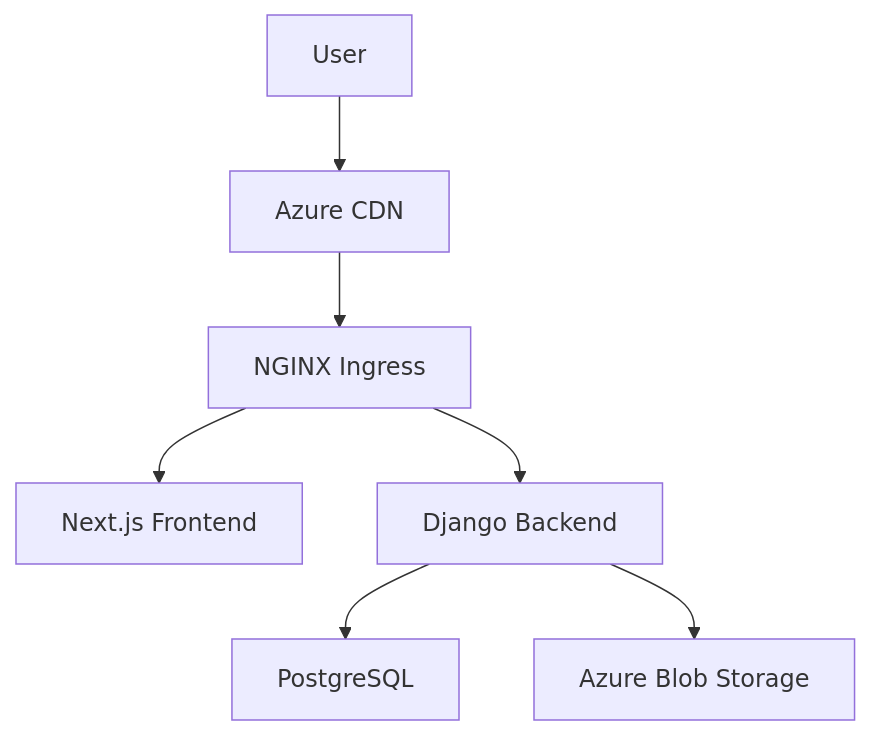
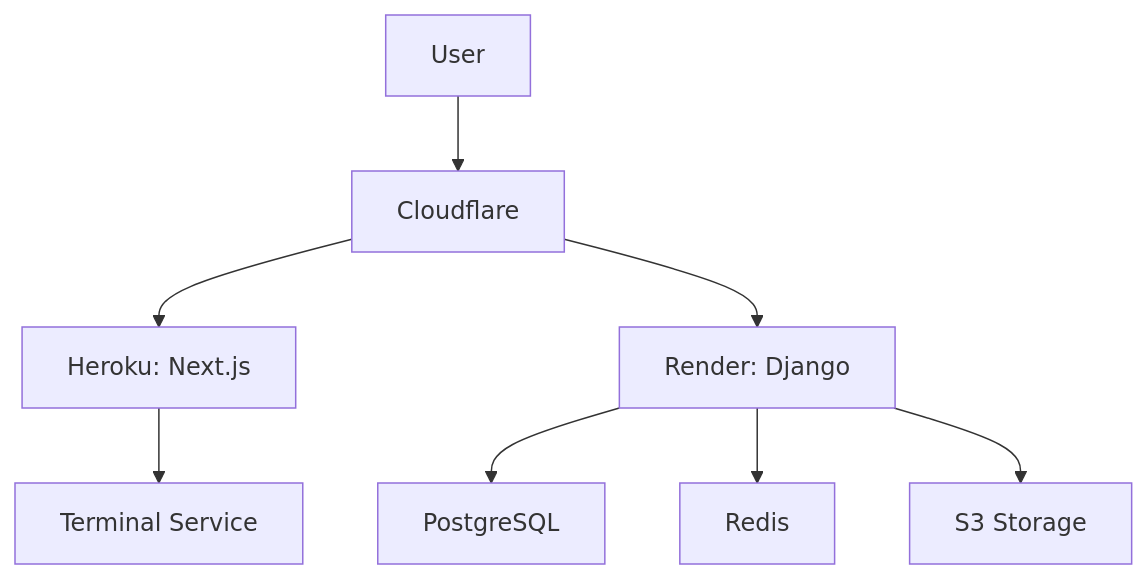
Before and after one commit to aouichou/aouichou: the second of 2 diagrams in README.md, drawn with Mermaid. The commit also changed other lines of this file, not shown here.

````diff
--- a/README.md
+++ b/README.md
@@ -52,9 +67,10 @@
 ```mermaid
 graph TD
-    A[User] --> B[Azure CDN]
-    B --> C[NGINX Ingress]
-    C --> D[Next.js Frontend]
-    C --> E[Django Backend]
-    E --> F[PostgreSQL]
-    E --> G[Azure Blob Storage]
+    A[User] --> B[Cloudflare]
+    B --> C[Heroku: Next.js]
+    B --> D[Render: Django]
+    D --> E[PostgreSQL]
+    D --> F[Redis]
+    D --> G[S3 Storage]
+    C --> H[Terminal Service]
 ```
````
